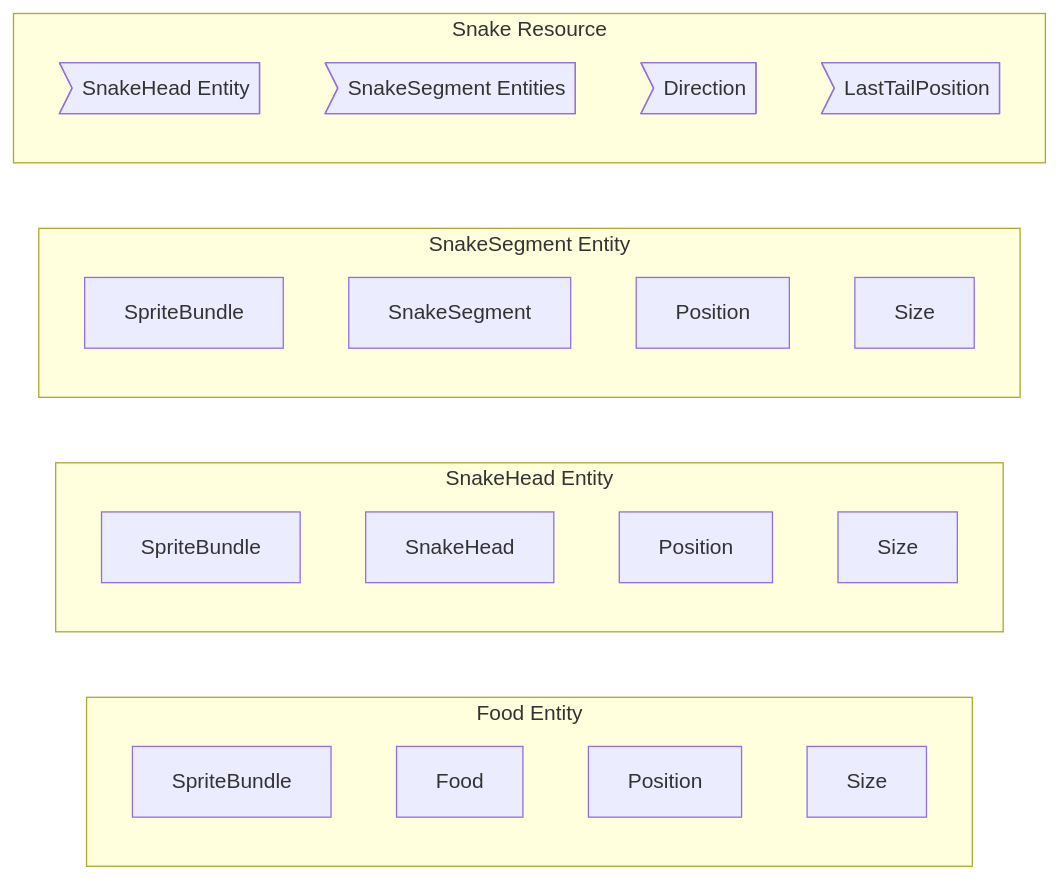
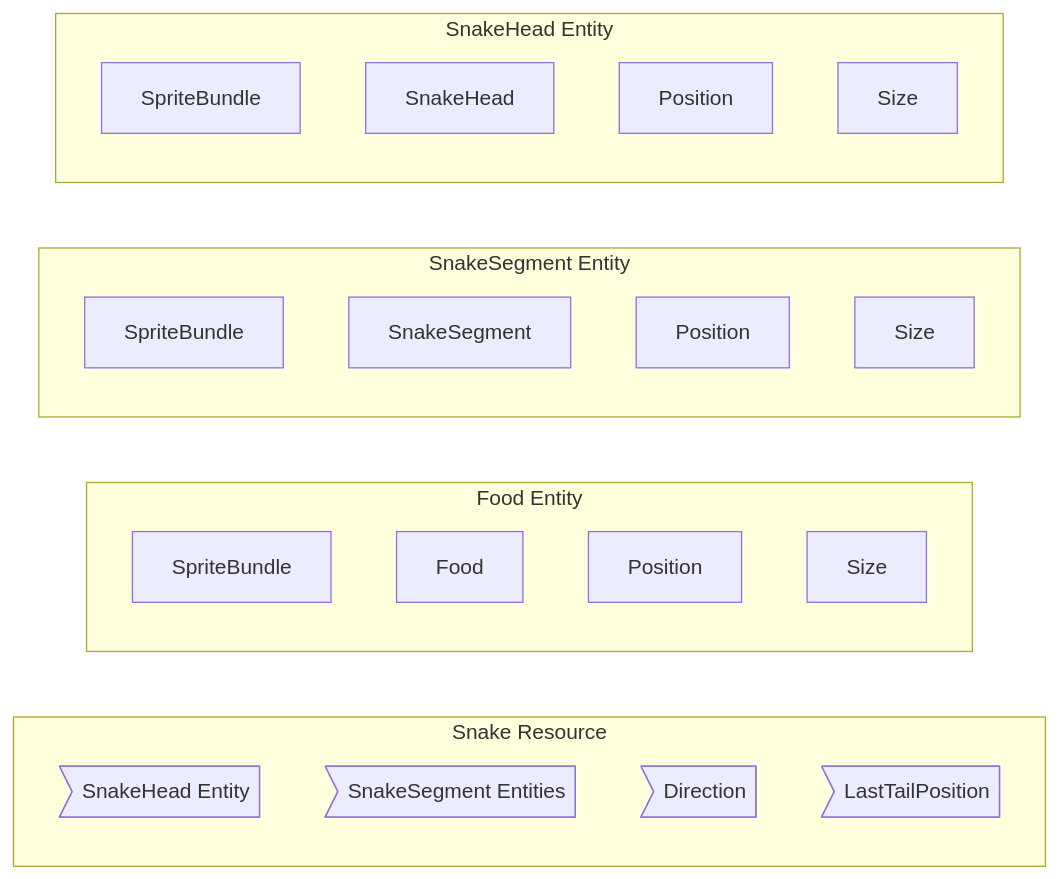
Before and after one commit to yu-hasebe/bevy-snake: the first of 2 diagrams in README.md, drawn with Mermaid. The commit also changed other lines of this file, not shown here.

````diff
--- a/README.md
+++ b/README.md
@@ -1,31 +1,31 @@
 ```mermaid
 flowchart LR
+
+subgraph Snake Resource
+D1>SnakeHead Entity]
+D2>SnakeSegment Entities]
+D3>Direction]
+D4>LastTailPosition]
+end
 
 subgraph Food Entity
 A1[SpriteBundle]
 A2[Food]
 A3[Position]
 A4[Size]
-end
-
-subgraph SnakeHead Entity
-B1[SpriteBundle]
-B2[SnakeHead]
-B3[Position]
-B4[Size]
 end
 
 subgraph SnakeSegment Entity
 C1[SpriteBundle]
 C2[SnakeSegment]
 C3[Position]
 C4[Size]
 end
 
-subgraph Snake Resource
-D1>SnakeHead Entity]
-D2>SnakeSegment Entities]
-D3>Direction]
-D4>LastTailPosition]
+subgraph SnakeHead Entity
+B1[SpriteBundle]
+B2[SnakeHead]
+B3[Position]
+B4[Size]
 end
 ```
````
